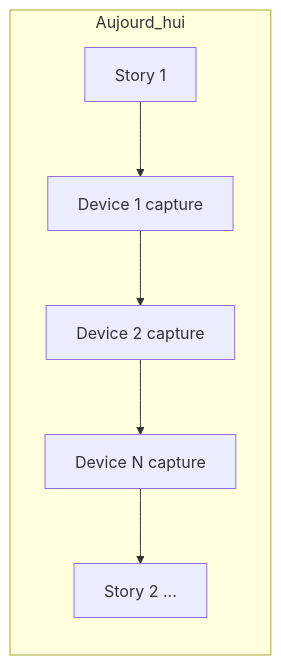
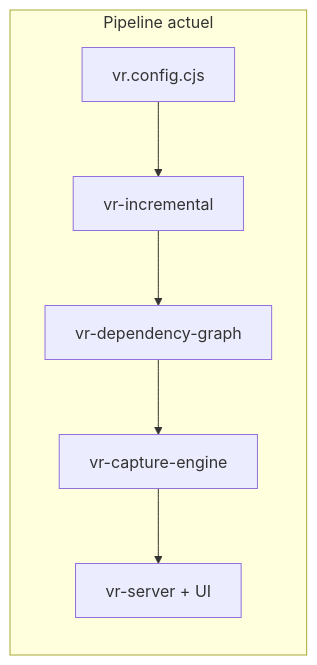
One commit to sashalarrieu/visual-regression changed the first of 5 diagrams in .cursor/plans/optimisation_vr_performance_57908e5a.plan.md. Above: the diagram before and after it, drawn with Mermaid. The commit also changed other lines of this file and 46 other files, not shown here.

````diff
--- a/.cursor/plans/optimisation_vr_performance_57908e5a.plan.md
+++ b/.cursor/plans/optimisation_vr_performance_57908e5a.plan.md
@@ -68,9 +96,9 @@
 ```mermaid
 flowchart LR
-  subgraph today [Aujourd_hui]
-    S1[Story 1] --> D1[Device 1 capture]
-    D1 --> D2[Device 2 capture]
-    D2 --> D3[Device N capture]
-    D3 --> S2[Story 2 ...]
+  subgraph now [Pipeline actuel]
+    CFG[vr.config.cjs] --> INC[vr-incremental]
+    INC --> TURBO[vr-dependency-graph]
+    TURBO --> POOL[vr-capture-engine]
+    POOL --> UI[vr-server + UI]
   end
 ```
````
